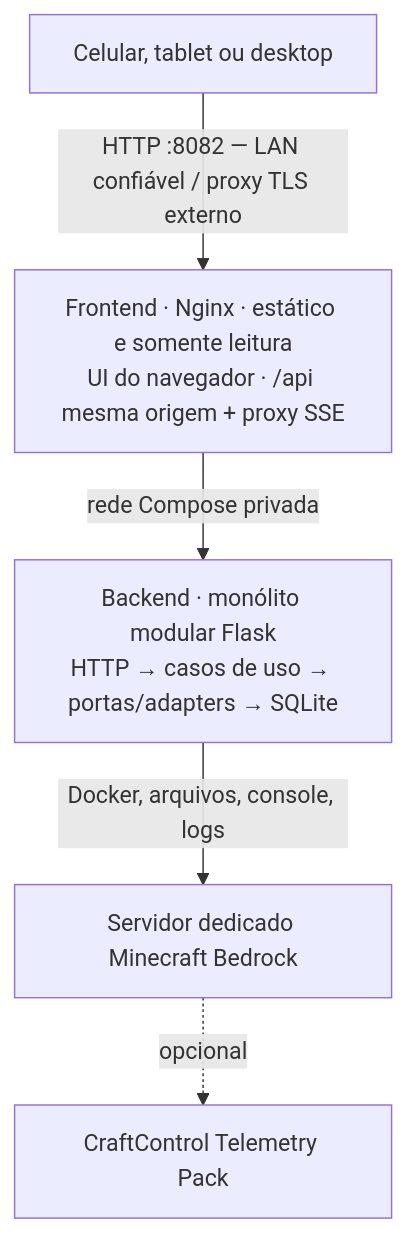
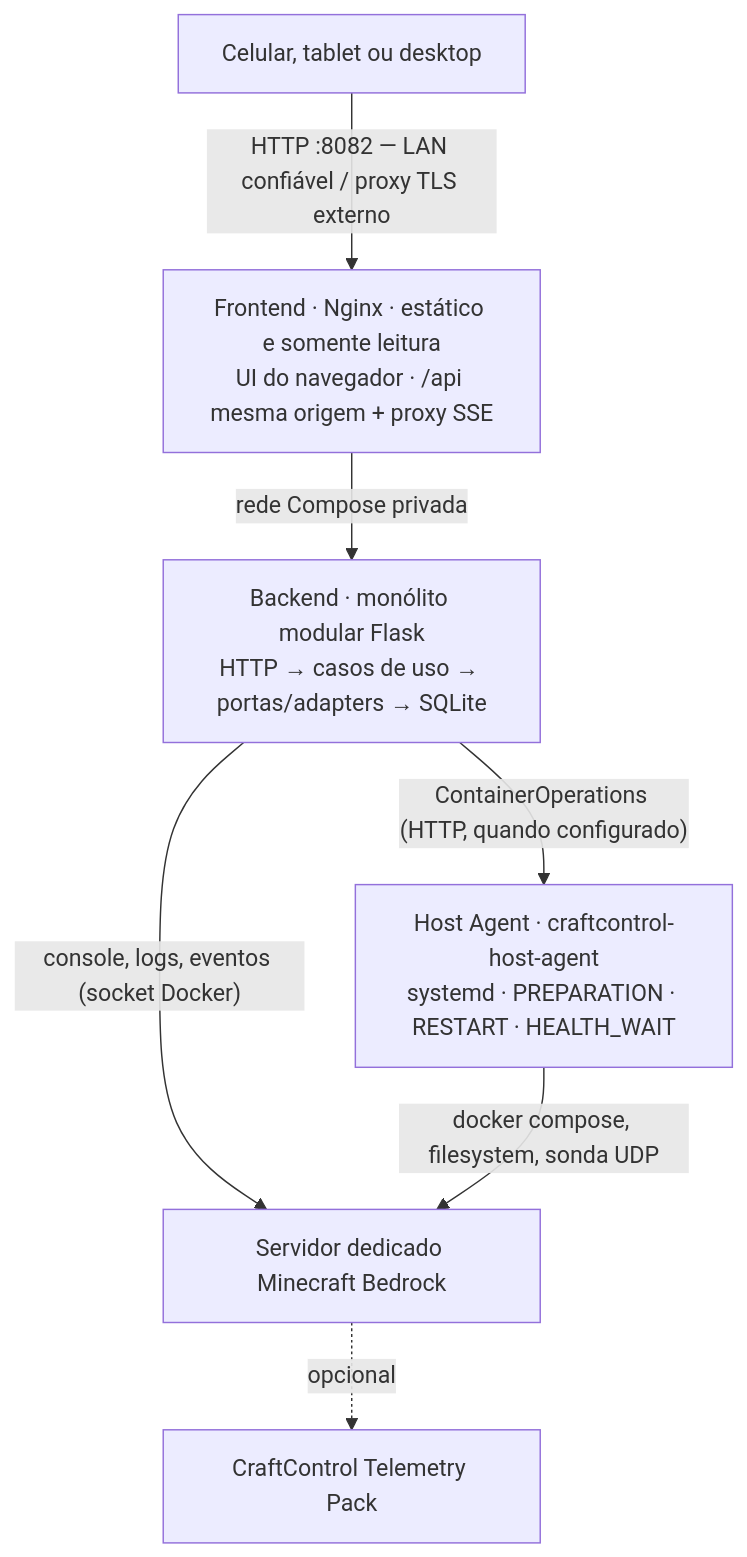
The first of 5 diagrams in README.pt-BR.md (dgaramos/craftcontrol), drawn with Mermaid before and after one commit. The commit also changed other lines of this file and 6 other files, not shown here.

First line of the commit message:
docs(host-agent): document privileged execution boundary

````diff
--- a/README.pt-BR.md
+++ b/README.pt-BR.md
@@ -59,7 +59,9 @@
 ```mermaid
 flowchart TD
     client["Celular, tablet ou desktop"] -->|"HTTP :8082 — LAN confiável / proxy TLS externo"| frontend["Frontend · Nginx · estático e somente leitura<br/>UI do navegador · /api mesma origem + proxy SSE"]
     frontend -->|"rede Compose privada"| backend["Backend · monólito modular Flask<br/>HTTP → casos de uso → portas/adapters → SQLite"]
-    backend -->|"Docker, arquivos, console, logs"| bedrock["Servidor dedicado Minecraft Bedrock"]
+    backend -->|"console, logs, eventos (socket Docker)"| bedrock["Servidor dedicado Minecraft Bedrock"]
+    backend -->|"ContainerOperations (HTTP, quando configurado)"| hostagent["Host Agent · craftcontrol-host-agent<br/>systemd · PREPARATION · RESTART · HEALTH_WAIT"]
+    hostagent -->|"docker compose, filesystem, sonda UDP"| bedrock
     bedrock -. "opcional" .-> telemetry["CraftControl Telemetry Pack"]
 ```
````
